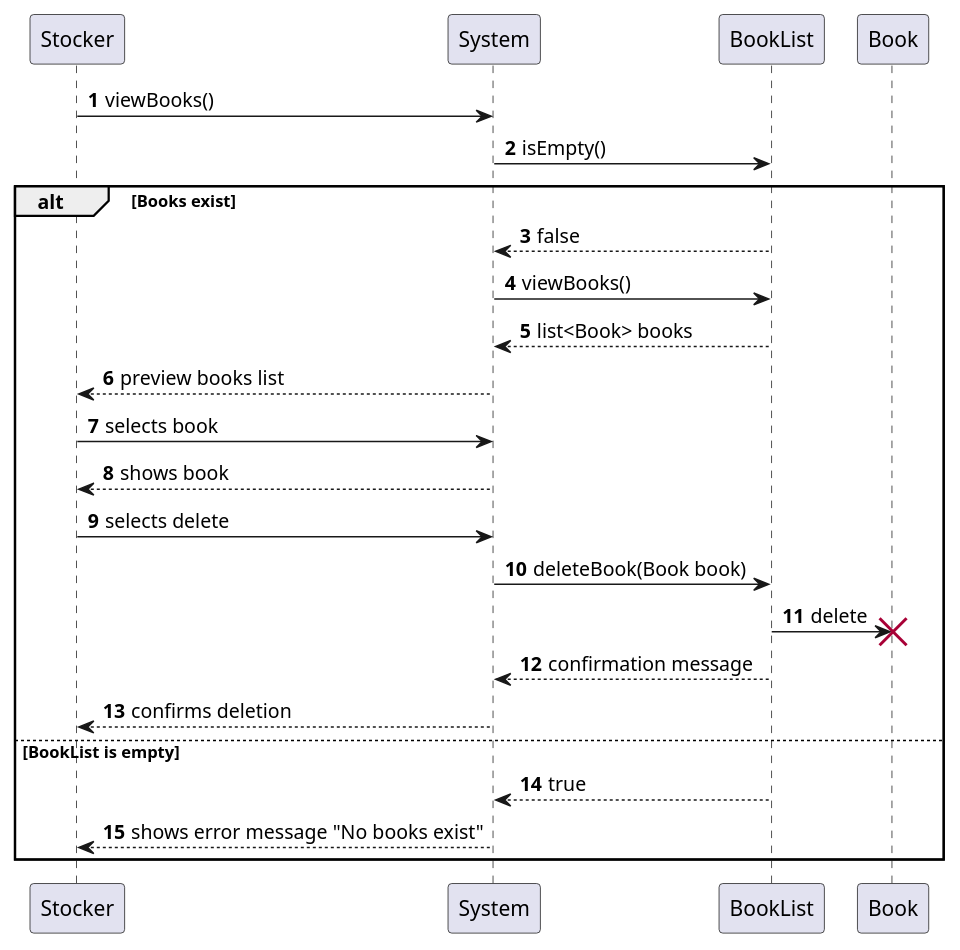
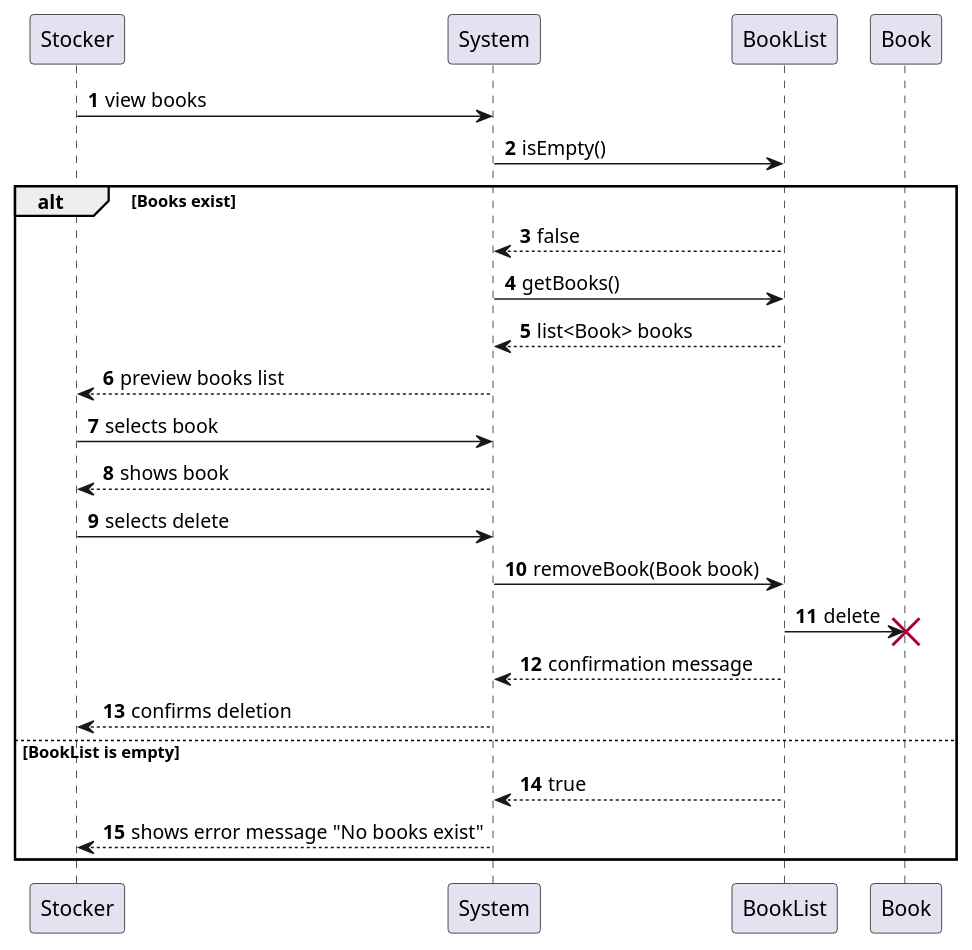
Before and after one commit to HabibaMekay/Bookstore-Management-System: the diagram in diagrams/sequence diagrams/RemoveBook.puml, drawn with PlantUML. The commit also changed 13 other files, not shown here.

```diff
--- a/diagrams/sequence diagrams/RemoveBook.puml
+++ b/diagrams/sequence diagrams/RemoveBook.puml
@@ -1,23 +1,23 @@
 @startuml
 autonumber
 
-Stocker -> System: viewBooks()
+Stocker -> System: view books
 System -> BookList: isEmpty()
 alt Books exist
 BookList --> System: false
-System -> BookList: viewBooks()
+System -> BookList: getBooks()
 BookList --> System: list<Book> books
 System --> Stocker: preview books list
 Stocker -> System: selects book
 System --> Stocker: shows book
 Stocker -> System: selects delete
-System -> BookList: deleteBook(Book book)
+System -> BookList: removeBook(Book book)
 BookList -> Book !!: delete
 BookList --> System: confirmation message
 System --> Stocker: confirms deletion
 else BookList is empty
 BookList --> System: true
 System --> Stocker: shows error message "No books exist"
 end
 
 @enduml
```
